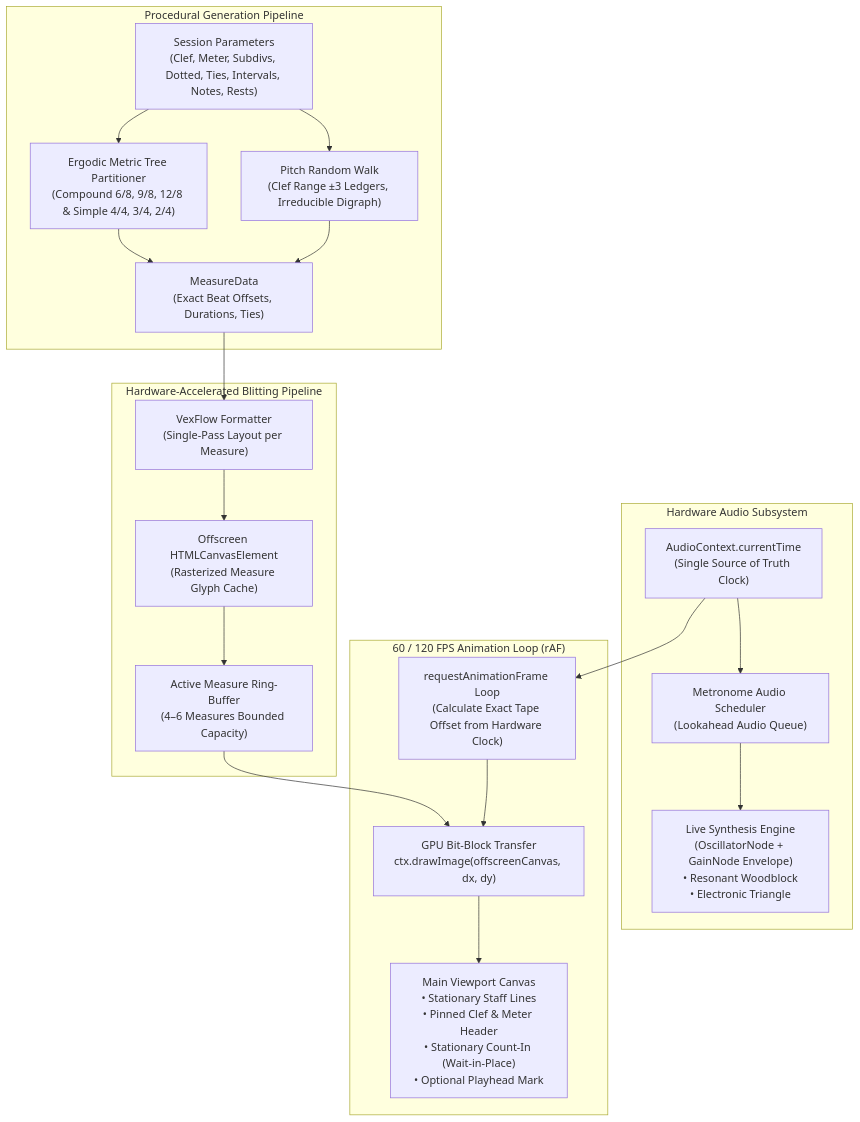
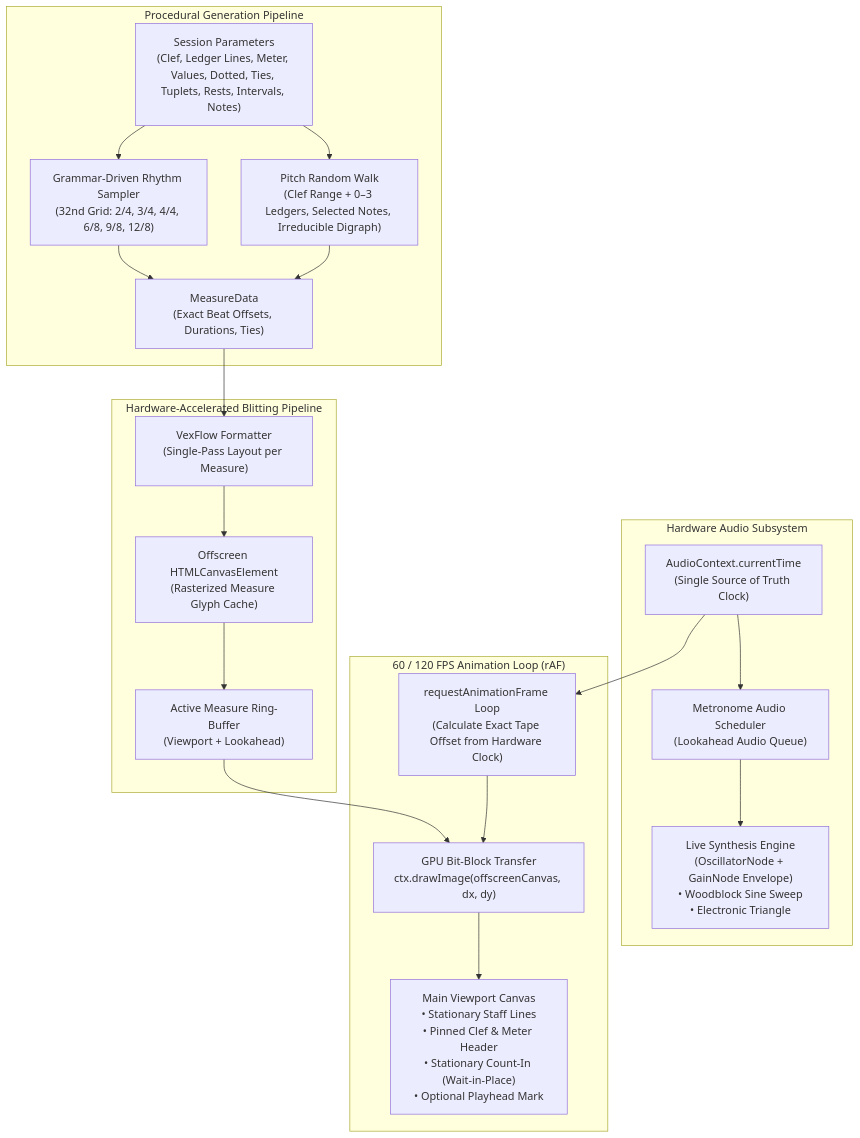
One commit to Hand-Lock/guidonica changed the diagram in README.md. Above: the diagram before and after it, drawn with Mermaid. The commit also changed other lines of this file and 40 other files, not shown here.

````diff
--- a/README.md
+++ b/README.md
@@ -104,33 +112,33 @@
 ```mermaid
 flowchart TD
     subgraph HardwareClock["Hardware Audio Subsystem"]
         AC["AudioContext.currentTime\n(Single Source of Truth Clock)"]
         SCHED["Metronome Audio Scheduler\n(Lookahead Audio Queue)"]
-        SYNTH["Live Synthesis Engine\n(OscillatorNode + GainNode Envelope)\n• Resonant Woodblock\n• Electronic Triangle"]
+        SYNTH["Live Synthesis Engine\n(OscillatorNode + GainNode Envelope)\n• Woodblock Sine Sweep\n• Electronic Triangle"]
         AC --> SCHED
         SCHED --> SYNTH
     end
 
     subgraph GenerationPipeline["Procedural Generation Pipeline"]
-        PARAM["Session Parameters\n(Clef, Meter, Subdivs, Dotted, Ties, Intervals, Notes, Rests)"]
-        ERGMET["Ergodic Metric Tree Partitioner\n(Compound 6/8, 9/8, 12/8 & Simple 4/4, 3/4, 2/4)"]
-        MARKOV["Pitch Random Walk\n(Clef Range ±3 Ledgers, Irreducible Digraph)"]
+        PARAM["Session Parameters\n(Clef, Ledger Lines, Meter, Values, Dotted, Ties, Tuplets, Rests, Intervals, Notes)"]
+        ERGMET["Grammar-Driven Rhythm Sampler\n(32nd Grid: 2/4, 3/4, 4/4, 6/8, 9/8, 12/8)"]
+        MARKOV["Pitch Random Walk\n(Clef Range + 0–3 Ledgers, Selected Notes, Irreducible Digraph)"]
         PARAM --> ERGMET
         PARAM --> MARKOV
         ERGMET --> MDATA["MeasureData\n(Exact Beat Offsets, Durations, Ties)"]
         MARKOV --> MDATA
     end
 
     subgraph Rasterization["Hardware-Accelerated Blitting Pipeline"]
         MDATA --> VEX["VexFlow Formatter\n(Single-Pass Layout per Measure)"]
         VEX --> OFFCAN["Offscreen HTMLCanvasElement\n(Rasterized Measure Glyph Cache)"]
-        OFFCAN --> RBUF["Active Measure Ring-Buffer\n(4–6 Measures Bounded Capacity)"]
+        OFFCAN --> RBUF["Active Measure Ring-Buffer\n(Viewport + Lookahead)"]
     end
 
     subgraph RenderingLoop["60 / 120 FPS Animation Loop (rAF)"]
         AC --> RAF["requestAnimationFrame Loop\n(Calculate Exact Tape Offset from Hardware Clock)"]
         RBUF --> BLIT["GPU Bit-Block Transfer\nctx.drawImage(offscreenCanvas, dx, dy)"]
         RAF --> BLIT
         BLIT --> VIEW["Main Viewport Canvas\n• Stationary Staff Lines\n• Pinned Clef & Meter Header\n• Stationary Count-In (Wait-in-Place)\n• Optional Playhead Mark"]
     end
 ```
````
